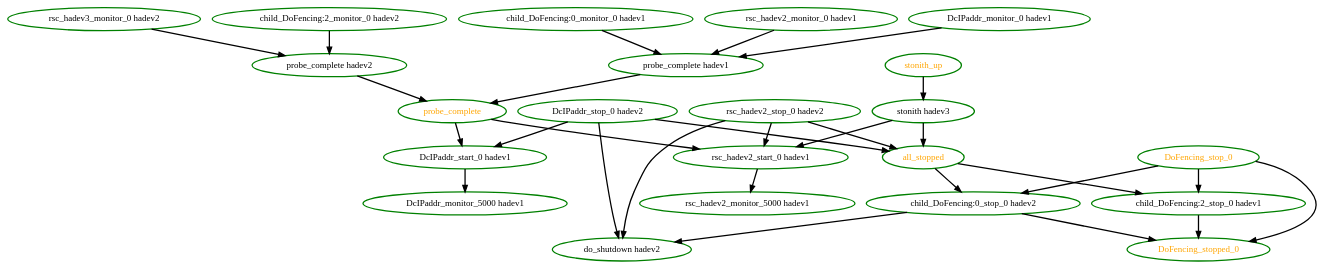
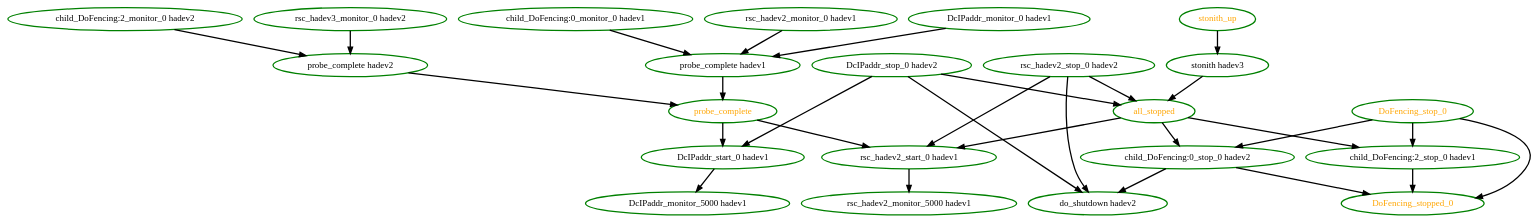
The diagram in crm/pengine/testcases/594.dot (richiewen8/heartbeat), drawn with Graphviz before and after one commit. The commit also changed 47 other files, not shown here.

Commit message:
PE: Streamline STONITH ordering. Make sure 'all_stopped' depends on all STONITH ops.

```diff
--- a/crm/pengine/testcases/594.dot
+++ b/crm/pengine/testcases/594.dot
@@ -1,52 +1,52 @@
  digraph "g" {
 "DcIPaddr_monitor_0 hadev1" -> "probe_complete hadev1" [ style = bold]
 "DcIPaddr_monitor_0 hadev1" [ style=bold color="green" fontcolor="black" ]
 "DcIPaddr_monitor_5000 hadev1" [ style=bold color="green" fontcolor="black" ]
 "DcIPaddr_start_0 hadev1" -> "DcIPaddr_monitor_5000 hadev1" [ style = bold]
 "DcIPaddr_start_0 hadev1" [ style=bold color="green" fontcolor="black" ]
 "DcIPaddr_stop_0 hadev2" -> "DcIPaddr_start_0 hadev1" [ style = bold]
 "DcIPaddr_stop_0 hadev2" -> "all_stopped" [ style = bold]
 "DcIPaddr_stop_0 hadev2" -> "do_shutdown hadev2" [ style = bold]
 "DcIPaddr_stop_0 hadev2" [ style=bold color="green" fontcolor="black" ]
 "DoFencing_stop_0" -> "DoFencing_stopped_0" [ style = bold]
 "DoFencing_stop_0" -> "child_DoFencing:0_stop_0 hadev2" [ style = bold]
 "DoFencing_stop_0" -> "child_DoFencing:2_stop_0 hadev1" [ style = bold]
 "DoFencing_stop_0" [ style=bold color="green" fontcolor="orange" ]
 "DoFencing_stopped_0" [ style=bold color="green" fontcolor="orange" ]
 "all_stopped" -> "child_DoFencing:0_stop_0 hadev2" [ style = bold]
 "all_stopped" -> "child_DoFencing:2_stop_0 hadev1" [ style = bold]
+"all_stopped" -> "rsc_hadev2_start_0 hadev1" [ style = bold]
 "all_stopped" [ style=bold color="green" fontcolor="orange"  ]
 "child_DoFencing:0_monitor_0 hadev1" -> "probe_complete hadev1" [ style = bold]
 "child_DoFencing:0_monitor_0 hadev1" [ style=bold color="green" fontcolor="black" ]
 "child_DoFencing:0_stop_0 hadev2" -> "DoFencing_stopped_0" [ style = bold]
 "child_DoFencing:0_stop_0 hadev2" -> "do_shutdown hadev2" [ style = bold]
 "child_DoFencing:0_stop_0 hadev2" [ style=bold color="green" fontcolor="black" ]
 "child_DoFencing:2_monitor_0 hadev2" -> "probe_complete hadev2" [ style = bold]
 "child_DoFencing:2_monitor_0 hadev2" [ style=bold color="green" fontcolor="black" ]
 "child_DoFencing:2_stop_0 hadev1" -> "DoFencing_stopped_0" [ style = bold]
 "child_DoFencing:2_stop_0 hadev1" [ style=bold color="green" fontcolor="black" ]
 "do_shutdown hadev2" [ style=bold color="green" fontcolor="black" ]
 "probe_complete hadev1" -> "probe_complete" [ style = bold]
 "probe_complete hadev1" [ style=bold color="green" fontcolor="black" ]
 "probe_complete hadev2" -> "probe_complete" [ style = bold]
 "probe_complete hadev2" [ style=bold color="green" fontcolor="black" ]
 "probe_complete" -> "DcIPaddr_start_0 hadev1" [ style = bold]
 "probe_complete" -> "rsc_hadev2_start_0 hadev1" [ style = bold]
 "probe_complete" [ style=bold color="green" fontcolor="orange" ]
 "rsc_hadev2_monitor_0 hadev1" -> "probe_complete hadev1" [ style = bold]
 "rsc_hadev2_monitor_0 hadev1" [ style=bold color="green" fontcolor="black" ]
 "rsc_hadev2_monitor_5000 hadev1" [ style=bold color="green" fontcolor="black" ]
 "rsc_hadev2_start_0 hadev1" -> "rsc_hadev2_monitor_5000 hadev1" [ style = bold]
 "rsc_hadev2_start_0 hadev1" [ style=bold color="green" fontcolor="black" ]
 "rsc_hadev2_stop_0 hadev2" -> "all_stopped" [ style = bold]
 "rsc_hadev2_stop_0 hadev2" -> "do_shutdown hadev2" [ style = bold]
 "rsc_hadev2_stop_0 hadev2" -> "rsc_hadev2_start_0 hadev1" [ style = bold]
 "rsc_hadev2_stop_0 hadev2" [ style=bold color="green" fontcolor="black" ]
 "rsc_hadev3_monitor_0 hadev2" -> "probe_complete hadev2" [ style = bold]
 "rsc_hadev3_monitor_0 hadev2" [ style=bold color="green" fontcolor="black" ]
 "stonith hadev3" -> "all_stopped" [ style = bold]
-"stonith hadev3" -> "rsc_hadev2_start_0 hadev1" [ style = bold]
 "stonith hadev3" [ style=bold color="green" fontcolor="black" ]
 "stonith_up" -> "stonith hadev3" [ style = bold]
 "stonith_up" [ style=bold color="green" fontcolor="orange"  ]
 }
```
